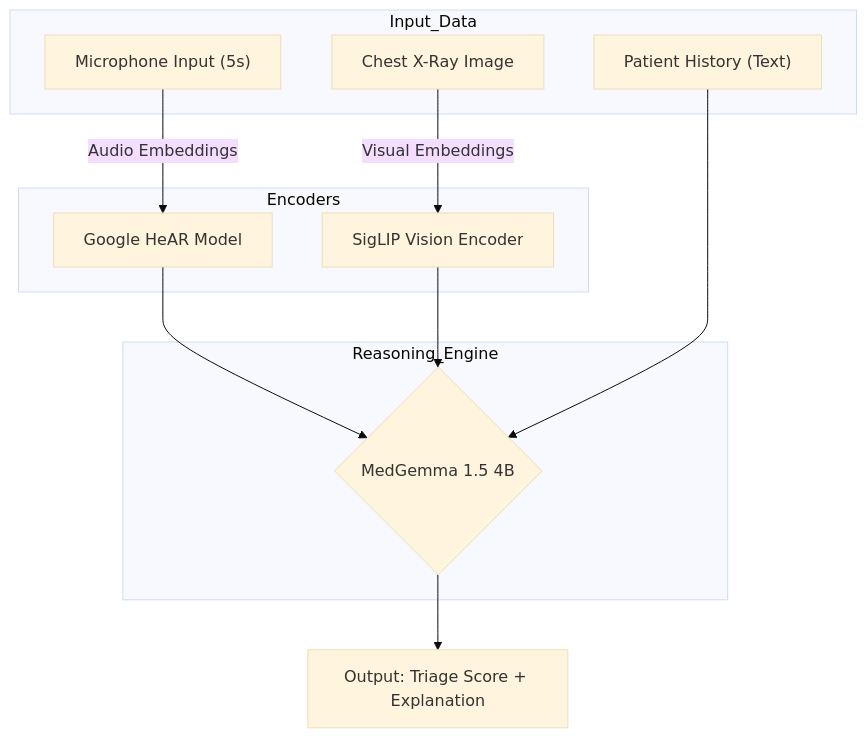
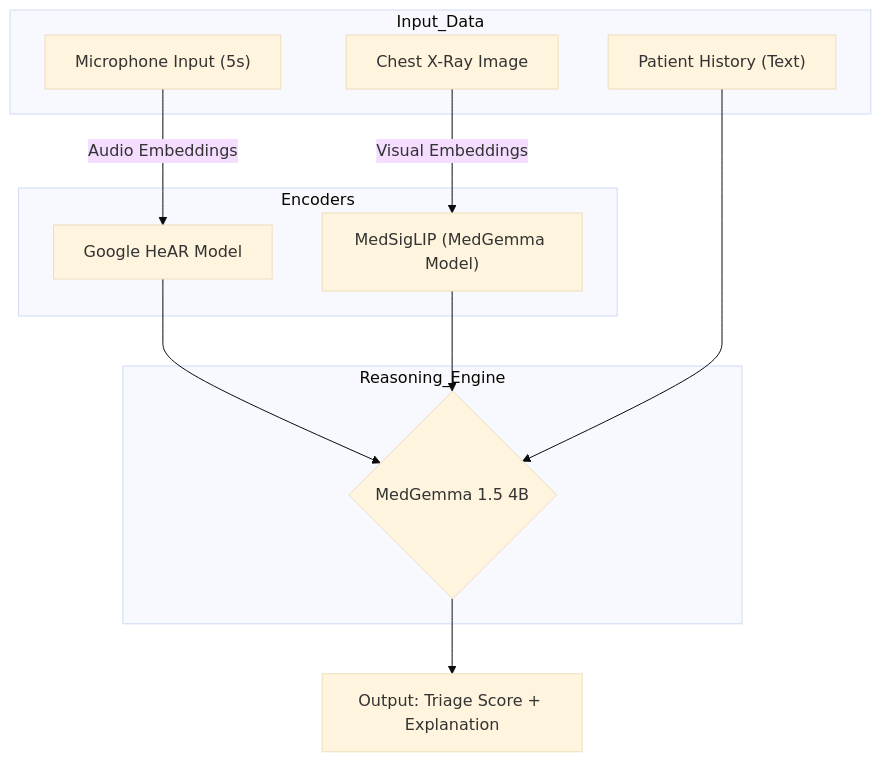
One commit to lekhan-03/Respi-View-360 changed the diagram in README.md. Above: the diagram before and after it, drawn with Mermaid (base theme). The commit also changed other lines of this file, not shown here.

````diff
--- a/README.md
+++ b/README.md
@@ -32,21 +32,21 @@
 ```mermaid
 graph TD
     subgraph Input_Data
     A["Microphone Input (5s)"] 
     B["Chest X-Ray Image"]
     C["Patient History (Text)"]
     end
 
     subgraph Encoders
     A -->|Audio Embeddings| D["Google HeAR Model"]
-    B -->|Visual Embeddings| E["SigLIP Vision Encoder"]
+    B -->|Visual Embeddings| E["MedSigLIP (MedGemma Model)"]
     end
     
     subgraph Reasoning_Engine
     D --> F{"MedGemma 1.5 4B"}
     E --> F
     C --> F
     end
     
     F --> G["Output: Triage Score + Explanation"]
 ```
````
